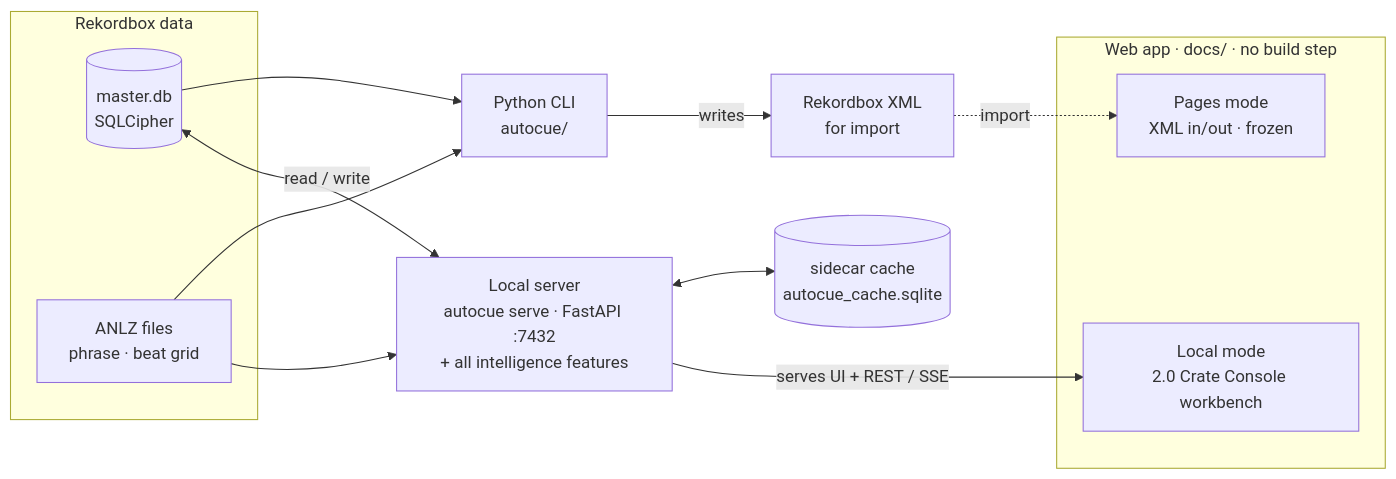
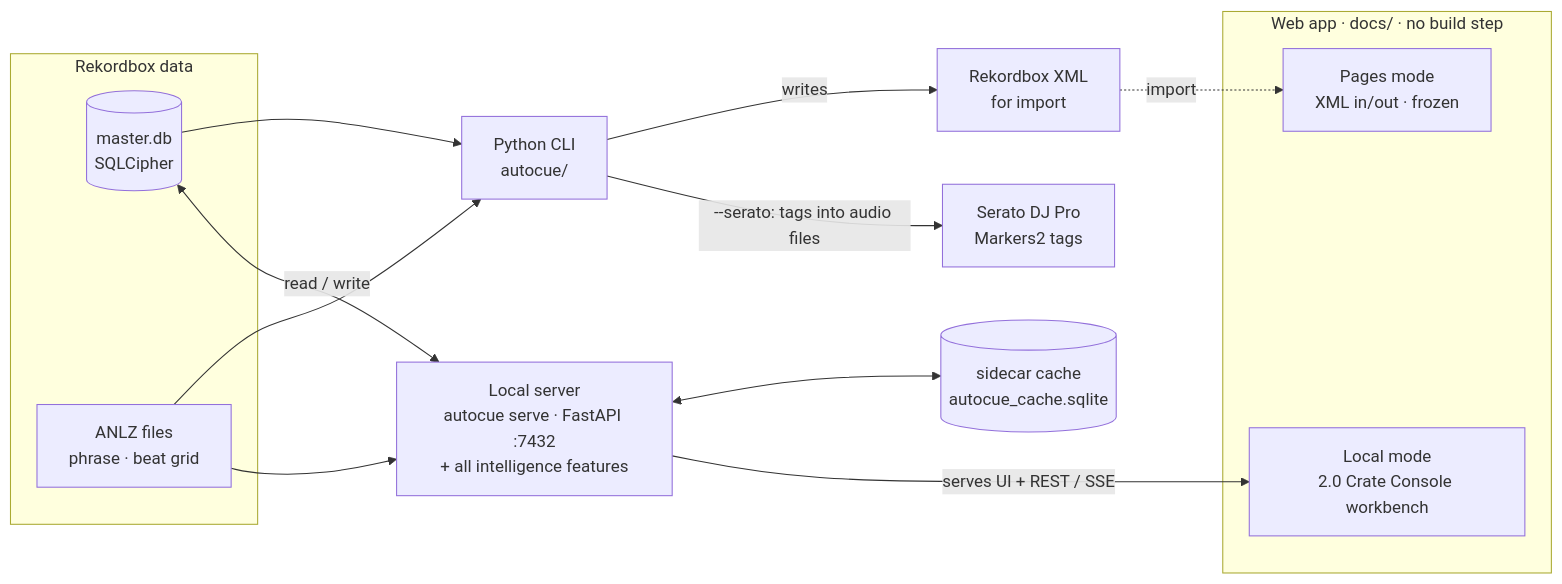
Before and after one commit to HenriGeorge/AutoCue: the diagram in CLAUDE.md, drawn with Mermaid. The commit also changed other lines of this file and 2 other files, not shown here.

Commit message:
docs: record --serato surface in CLAUDE.md, FEATURES.md, architecture map

````diff
--- a/CLAUDE.md
+++ b/CLAUDE.md
@@ -47,27 +47,28 @@
 ```mermaid
 flowchart LR
     subgraph RB["Rekordbox data"]
         DB[("master.db<br/>SQLCipher")]
         ANLZ["ANLZ files<br/>phrase · beat grid"]
     end
 
     CLI["Python CLI<br/>autocue/"]
     SRV["Local server<br/>autocue serve · FastAPI :7432<br/>+ all intelligence features"]
     CACHE[("sidecar cache<br/>autocue_cache.sqlite")]
 
     subgraph WEB["Web app · docs/ · no build step"]
         PAGES["Pages mode<br/>XML in/out · frozen"]
         WB["Local mode<br/>2.0 Crate Console workbench"]
     end
 
     DB --> CLI
     ANLZ --> CLI
     CLI -->|writes| XML["Rekordbox XML<br/>for import"]
+    CLI -->|"--serato: tags into audio files"| SER["Serato DJ Pro<br/>Markers2 tags"]
 
     DB <-->|read / write| SRV
     ANLZ --> SRV
     SRV <--> CACHE
     SRV -->|serves UI + REST / SSE| WB
 
     XML -.import.-> PAGES
 ```
````
